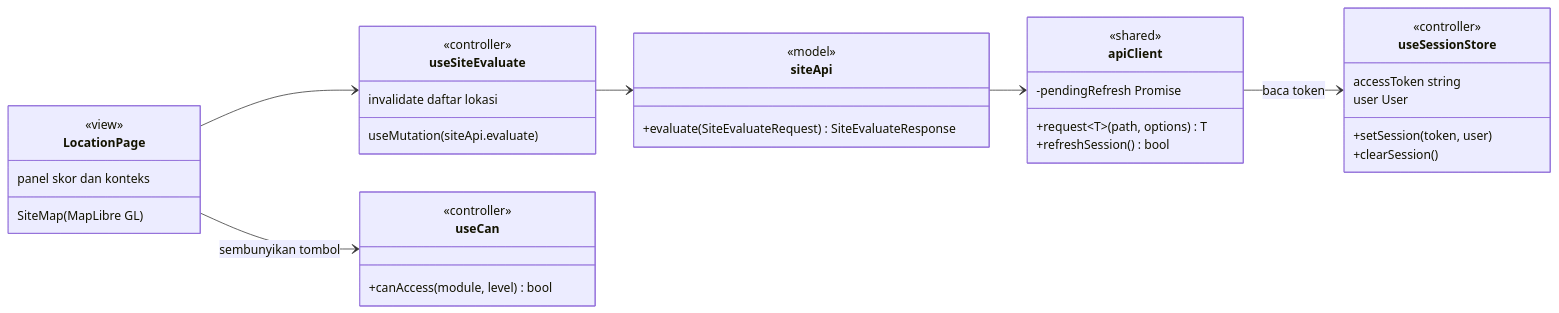
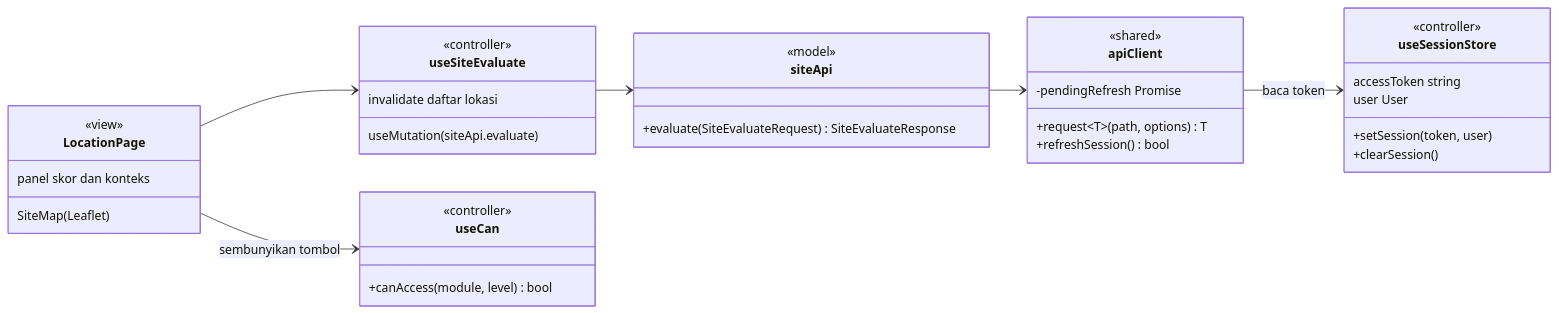
One commit to jojondrw/BanguninAjaApp changed the third of 4 diagrams in docs/desain/class.md. Above: the diagram before and after it, drawn with Mermaid. The commit also changed 5 other files, not shown here.

````diff
--- a/docs/desain/class.md
+++ b/docs/desain/class.md
@@ -191,42 +191,42 @@
 ```mermaid
 classDiagram
     direction LR
 
     class LocationPage {
         <<view>>
-        SiteMap (MapLibre GL)
+        SiteMap (Leaflet)
         panel skor dan konteks
     }
     class useSiteEvaluate {
         <<controller>>
         useMutation(siteApi.evaluate)
         invalidate daftar lokasi
     }
     class siteApi {
         <<model>>
         +evaluate(SiteEvaluateRequest) SiteEvaluateResponse
     }
     class apiClient {
         <<shared>>
         +request~T~(path, options) T
         +refreshSession() bool
         -pendingRefresh Promise
     }
     class useSessionStore {
         <<controller>>
         accessToken string
         user User
         +setSession(token, user)
         +clearSession()
     }
     class useCan {
         <<controller>>
         +canAccess(module, level) bool
     }
 
     LocationPage --> useSiteEvaluate
     LocationPage --> useCan : sembunyikan tombol
     useSiteEvaluate --> siteApi
     siteApi --> apiClient
     apiClient --> useSessionStore : baca token
 ```
````
